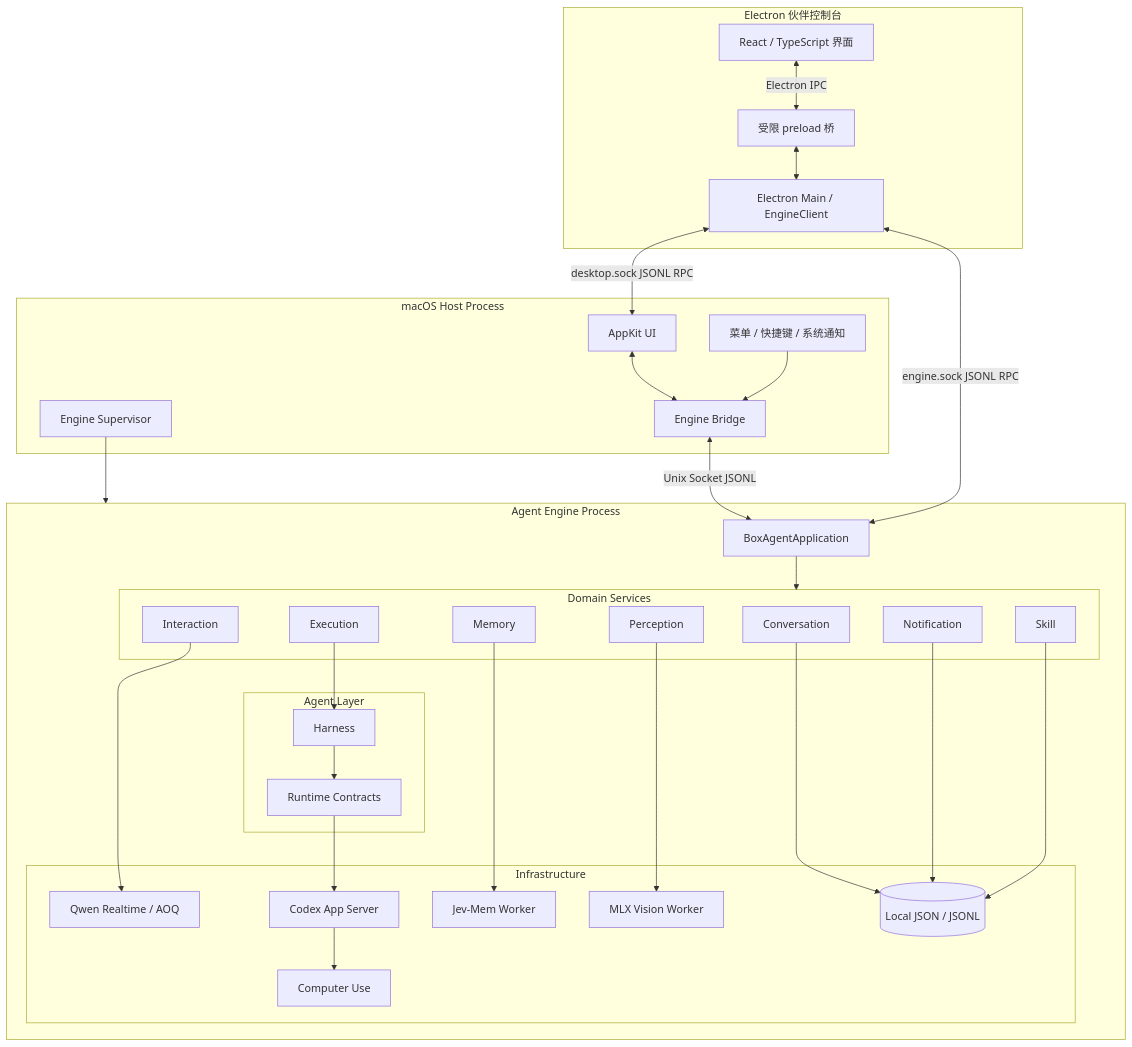
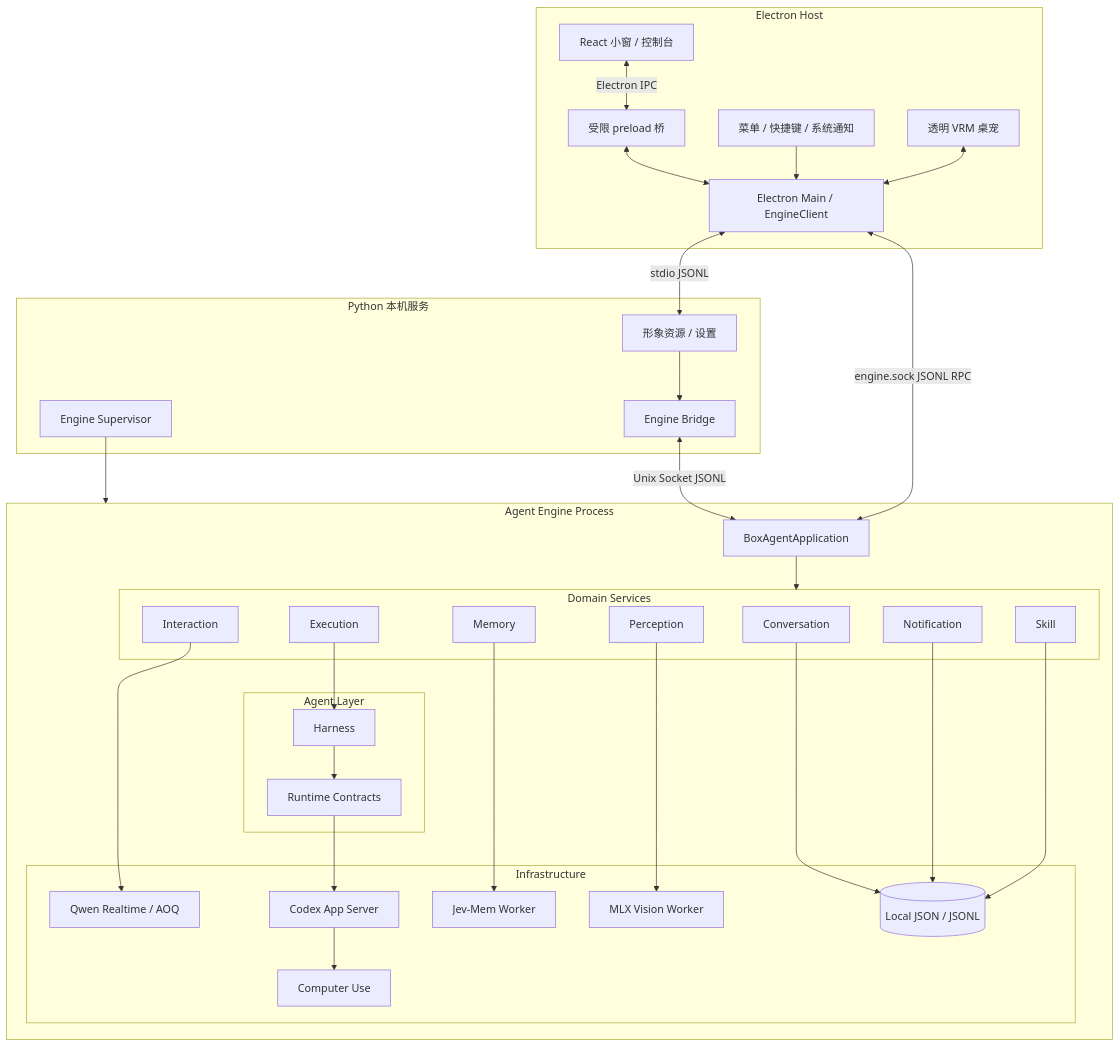
One commit to kono-dada/BoxAgent changed the first of 4 diagrams in docs/BoxAgent-架构重构方案.md. Above: the diagram before and after it, drawn with Mermaid. The commit also changed other lines of this file and 80 other files, not shown here.

Commit message:
feat(desktop): unify Electron windows and improve companion readability

````diff
--- a/docs/BoxAgent-架构重构方案.md
+++ b/docs/BoxAgent-架构重构方案.md
@@ -63,61 +63,63 @@
 ```mermaid
 flowchart TB
-    subgraph HOST[macOS Host Process]
-        UI[AppKit UI]
-        MENU[菜单 / 快捷键 / 系统通知]
+    subgraph SERVICE[Python 本机服务]
+        ASSET[形象资源 / 设置]
         BRIDGE[Engine Bridge]
         SUP[Engine Supervisor]
     end
 
-    subgraph PANEL[Electron 伙伴控制台]
-        REACT[React / TypeScript 界面]
+    subgraph PANEL[Electron Host]
+        REACT[React 小窗 / 控制台]
+        PET[透明 VRM 桌宠]
+        MENU[菜单 / 快捷键 / 系统通知]
         PRELOAD[受限 preload 桥]
         MAIN[Electron Main / EngineClient]
         REACT <-->|Electron IPC| PRELOAD
         PRELOAD <--> MAIN
     end
 
     subgraph ENGINE[Agent Engine Process]
         APP[BoxAgentApplication]
 
         subgraph DOMAIN[Domain Services]
             CONV[Conversation]
             INTERACTION[Interaction]
             EXEC[Execution]
             MEMORY[Memory]
             NOTIFY[Notification]
             SKILL[Skill]
             PERCEPTION[Perception]
         end
 
         subgraph AGENT[Agent Layer]
             HARNESS[Harness]
             PORTS[Runtime Contracts]
         end
 
         subgraph INFRA[Infrastructure]
             QWEN[Qwen Realtime / AOQ]
             CODEX[Codex App Server]
             CU[Computer Use]
             JEV[Jev-Mem Worker]
             VLM[MLX Vision Worker]
             JSONL[(Local JSON / JSONL)]
         end
     end
 
-    UI <--> BRIDGE
-    MENU --> BRIDGE
+    MENU --> MAIN
+    PET <--> MAIN
+    MAIN <-->|stdio JSONL| ASSET
+    ASSET --> BRIDGE
     BRIDGE <--> |Unix Socket JSONL| APP
     SUP --> ENGINE
     MAIN <-->|engine.sock JSONL RPC| APP
-    MAIN <-->|desktop.sock JSONL RPC| UI
 
     APP --> DOMAIN
     INTERACTION --> QWEN
     EXEC --> HARNESS --> PORTS --> CODEX --> CU
     MEMORY --> JEV
     CONV --> JSONL
     NOTIFY --> JSONL
     SKILL --> JSONL
     PERCEPTION --> VLM
 ```
````
